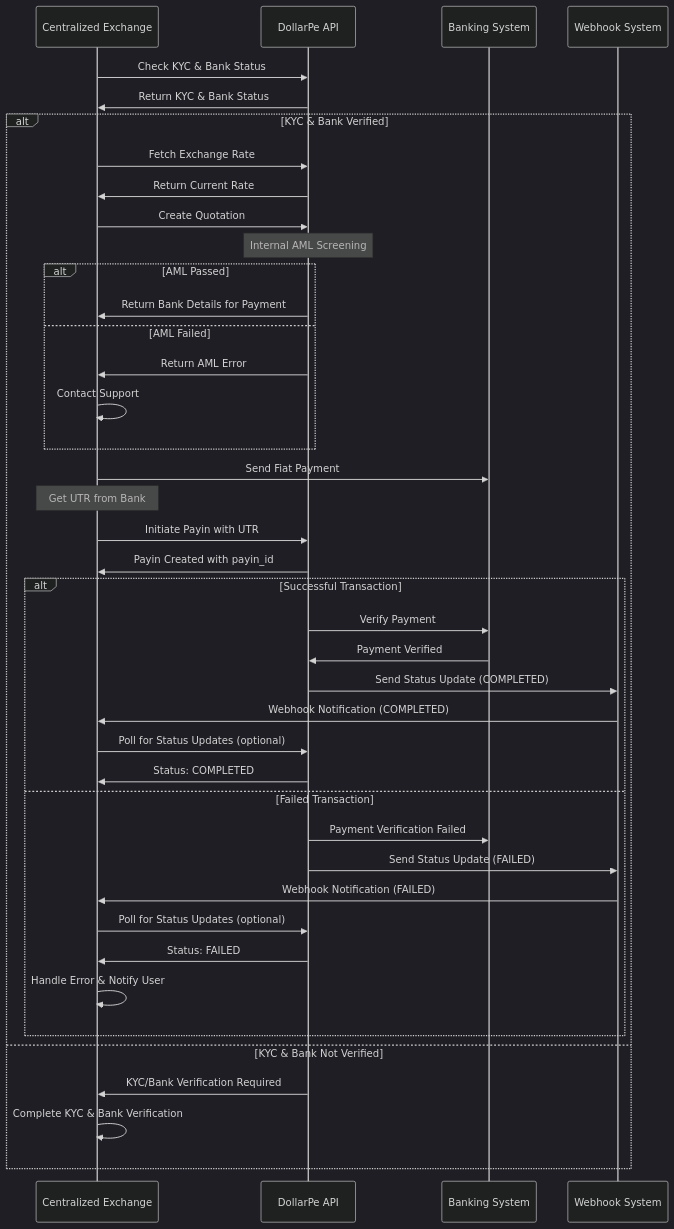
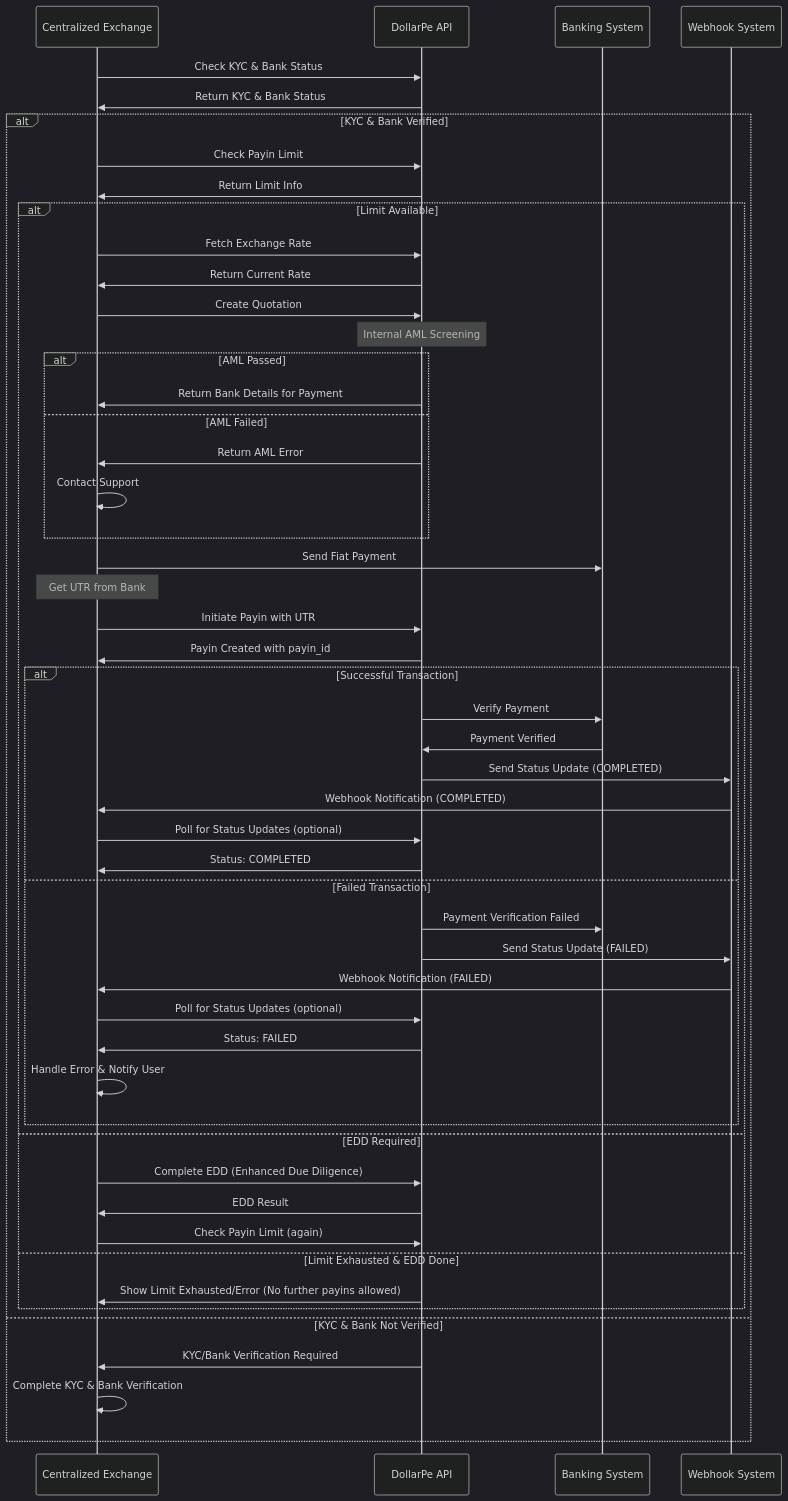
One commit to DollarPe-Infra/docs changed the second of 2 diagrams in api-reference-exchange/integration-guides/payin-integration-guide.mdx. Above: the diagram before and after it, drawn with Mermaid (dark theme). The commit also changed other lines of this file and 9 other files, not shown here.

Commit message:
fix: update payin guides & API's

````diff
--- a/api-reference-exchange/integration-guides/payin-integration-guide.mdx
+++ b/api-reference-exchange/integration-guides/payin-integration-guide.mdx
@@ -97,53 +104,63 @@
 ```mermaid
 sequenceDiagram
     participant Exchange as Centralized Exchange
     participant API as DollarPe API
     participant Bank as Banking System
     participant Webhook as Webhook System
 
     Exchange->>API: Check KYC & Bank Status
     API->>Exchange: Return KYC & Bank Status
 
     alt KYC & Bank Verified
-        Exchange->>API: Fetch Exchange Rate
-        API->>Exchange: Return Current Rate
+        Exchange->>API: Check Payin Limit
+        API->>Exchange: Return Limit Info
+        alt Limit Available
+            Exchange->>API: Fetch Exchange Rate
+            API->>Exchange: Return Current Rate
 
-        Exchange->>API: Create Quotation
-        Note over API: Internal AML Screening
-        alt AML Passed
-            API->>Exchange: Return Bank Details for Payment
-        else AML Failed
-            API->>Exchange: Return AML Error
-            Exchange->>Exchange: Contact Support
-        end
+            Exchange->>API: Create Quotation
+            Note over API: Internal AML Screening
+            alt AML Passed
+                API->>Exchange: Return Bank Details for Payment
+            else AML Failed
+                API->>Exchange: Return AML Error
+                Exchange->>Exchange: Contact Support
+            end
 
-        Exchange->>Bank: Send Fiat Payment
-        Note over Exchange: Get UTR from Bank
+            Exchange->>Bank: Send Fiat Payment
+            Note over Exchange: Get UTR from Bank
 
-        Exchange->>API: Initiate Payin with UTR
-        API->>Exchange: Payin Created with payin_id
+            Exchange->>API: Initiate Payin with UTR
+            API->>Exchange: Payin Created with payin_id
 
-        alt Successful Transaction
-            API->>Bank: Verify Payment
-            Bank->>API: Payment Verified
+            alt Successful Transaction
+                API->>Bank: Verify Payment
+                Bank->>API: Payment Verified
 
-            API->>Webhook: Send Status Update (COMPLETED)
-            Webhook->>Exchange: Webhook Notification (COMPLETED)
+                API->>Webhook: Send Status Update (COMPLETED)
+                Webhook->>Exchange: Webhook Notification (COMPLETED)
 
-            Exchange->>API: Poll for Status Updates (optional)
-            API->>Exchange: Status: COMPLETED
-        else Failed Transaction
-            API->>Bank: Payment Verification Failed
+                Exchange->>API: Poll for Status Updates (optional)
+                API->>Exchange: Status: COMPLETED
+            else Failed Transaction
+                API->>Bank: Payment Verification Failed
 
-            API->>Webhook: Send Status Update (FAILED)
-            Webhook->>Exchange: Webhook Notification (FAILED)
+                API->>Webhook: Send Status Update (FAILED)
+                Webhook->>Exchange: Webhook Notification (FAILED)
 
-            Exchange->>API: Poll for Status Updates (optional)
-            API->>Exchange: Status: FAILED
-            Exchange->>Exchange: Handle Error & Notify User
+                Exchange->>API: Poll for Status Updates (optional)
+                API->>Exchange: Status: FAILED
+                Exchange->>Exchange: Handle Error & Notify User
+            end
+        else EDD Required
+            Exchange->>API: Complete EDD (Enhanced Due Diligence)
+            API->>Exchange: EDD Result
+            Exchange->>API: Check Payin Limit (again)
+        else Limit Exhausted & EDD Done
+            API->>Exchange: Show Limit Exhausted/Error (No further payins allowed)
         end
     else KYC & Bank Not Verified
         API->>Exchange: KYC/Bank Verification Required
         Exchange->>Exchange: Complete KYC & Bank Verification
     end
 ```
````
